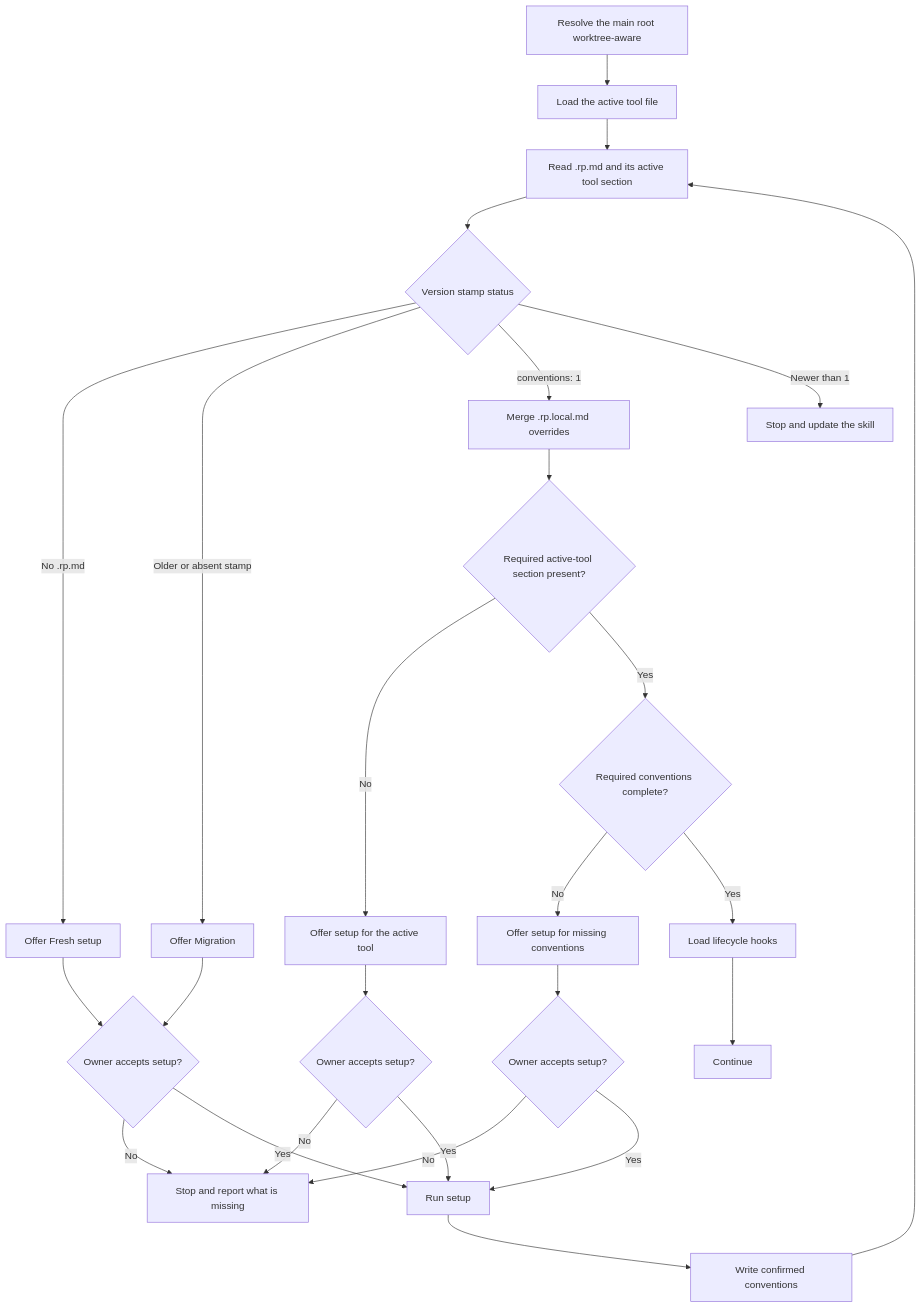
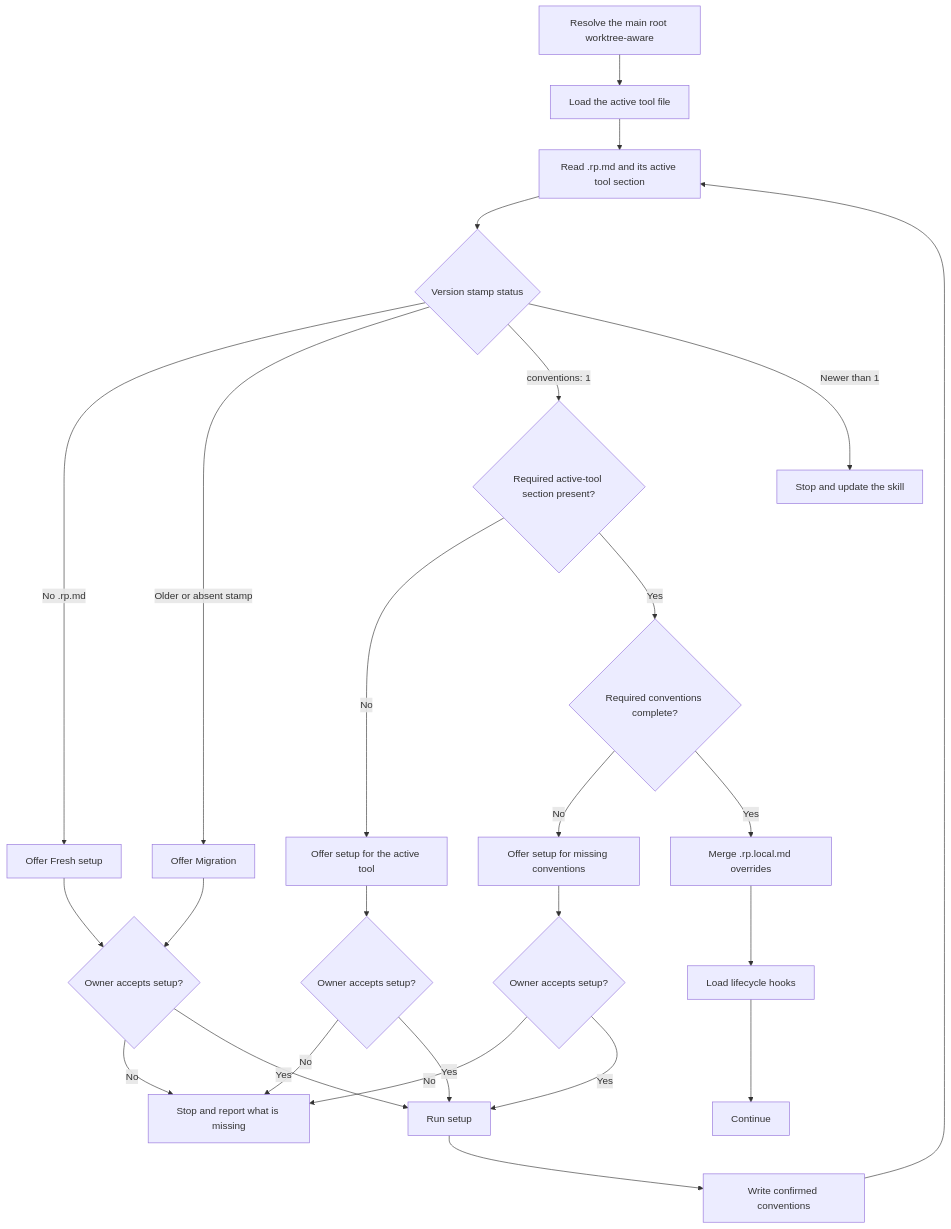
The diagram in docs/flowcharts/load-conventions.md (Automattic/radical-pipelines), drawn with Mermaid before and after one commit.

Commit message:
Check conventions before local overrides

````diff
--- a/docs/flowcharts/load-conventions.md
+++ b/docs/flowcharts/load-conventions.md
@@ -5,28 +5,28 @@
 ```mermaid
 flowchart TD
     A["Resolve the main root worktree-aware"] --> B["Load the active tool file"]
     B --> C["Read .rp.md and its active tool section"]
     C --> H{"Version stamp status"}
     H -->|No .rp.md| I["Offer Fresh setup"]
     H -->|Older or absent stamp| J["Offer Migration"]
-    H -->|conventions: 1| G["Merge .rp.local.md overrides"]
+    H -->|conventions: 1| D{"Required active-tool section present?"}
     H -->|Newer than 1| L["Stop and update the skill"]
-    G --> D{"Required active-tool section present?"}
     D -->|No| E["Offer setup for the active tool"]
     E --> F{"Owner accepts setup?"}
     F -->|No| STOP["Stop and report what is missing"]
     F -->|Yes| SETUP["Run setup"]
     SETUP --> WRITE["Write confirmed conventions"]
     WRITE --> C
     D -->|Yes| K{"Required conventions complete?"}
     I --> M{"Owner accepts setup?"}
     J --> M
     M -->|No| STOP
     M -->|Yes| SETUP
     K -->|No| N["Offer setup for missing conventions"]
     N --> O{"Owner accepts setup?"}
     O -->|No| STOP
     O -->|Yes| SETUP
-    K -->|Yes| P["Load lifecycle hooks"]
+    K -->|Yes| G["Merge .rp.local.md overrides"]
+    G --> P["Load lifecycle hooks"]
     P --> Q["Continue"]
 ```
````
